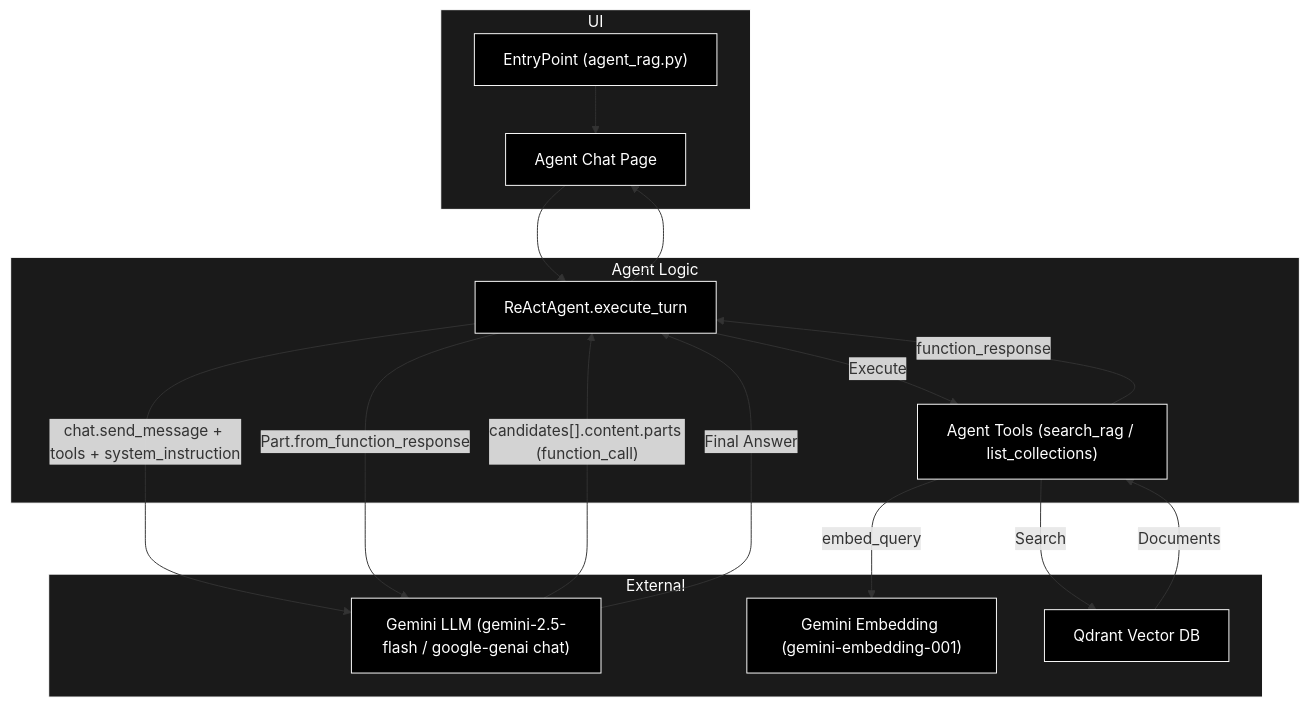
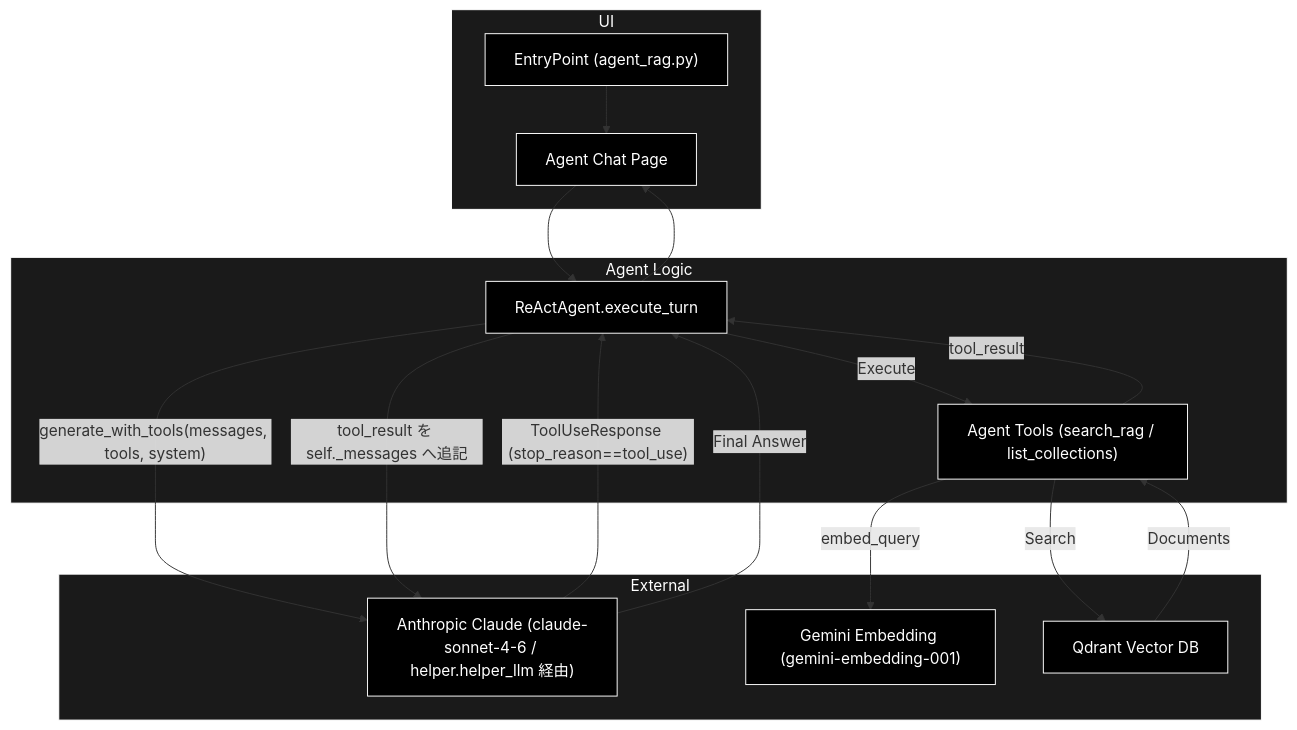
Before and after one commit to nakashima2toshio/anthropic_grace_agent_v2: the third of 10 diagrams in readme_react_reflection.md, drawn with Mermaid. The commit also changed other lines of this file, not shown here.

First line of the commit message:
docs: readme_react_reflection.md を Anthropic ネイティブに全面改修

````diff
--- a/readme_react_reflection.md
+++ b/readme_react_reflection.md
@@ -247,37 +247,37 @@
 ```mermaid
 graph TB
     subgraph UI ["UI"]
         Entry["EntryPoint (agent_rag.py)"]
         AgentUI["Agent Chat Page"]
     end
 
     subgraph AgentLogic ["Agent Logic"]
         ReAct["ReActAgent.execute_turn"]
         Tools["Agent Tools (search_rag / list_collections)"]
     end
 
     subgraph External ["External"]
-        GenAI["Gemini LLM (gemini-2.5-flash / google-genai chat)"]
+        Claude["Anthropic Claude (claude-sonnet-4-6 / helper.helper_llm 経由)"]
         Gemini["Gemini Embedding (gemini-embedding-001)"]
         Qdrant["Qdrant Vector DB"]
     end
 
     Entry --> AgentUI
     AgentUI --> ReAct
-    ReAct -- "chat.send_message + tools + system_instruction" --> GenAI
-    GenAI -- "candidates[].content.parts (function_call)" --> ReAct
+    ReAct -- "generate_with_tools(messages, tools, system)" --> Claude
+    Claude -- "ToolUseResponse (stop_reason==tool_use)" --> ReAct
     ReAct -- "Execute" --> Tools
     Tools -- "embed_query" --> Gemini
     Tools -- "Search" --> Qdrant
     Qdrant -- "Documents" --> Tools
-    Tools -- "function_response" --> ReAct
-    ReAct -- "Part.from_function_response" --> GenAI
-    GenAI -- "Final Answer" --> ReAct
+    Tools -- "tool_result" --> ReAct
+    ReAct -- "tool_result を self._messages へ追記" --> Claude
+    Claude -- "Final Answer" --> ReAct
     ReAct --> AgentUI
 classDef default fill:#000,stroke:#fff,color:#fff
 classDef subgraphStyle fill:#1a1a1a,stroke:#fff,color:#fff
-class Entry,AgentUI,ReAct,Tools,GenAI,Gemini,Qdrant default
+class Entry,AgentUI,ReAct,Tools,Claude,Gemini,Qdrant default
 style UI fill:#1a1a1a,stroke:#fff,color:#fff
 style AgentLogic fill:#1a1a1a,stroke:#fff,color:#fff
 style External fill:#1a1a1a,stroke:#fff,color:#fff
 ```
````
